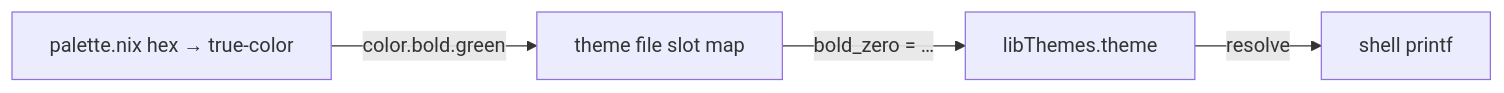
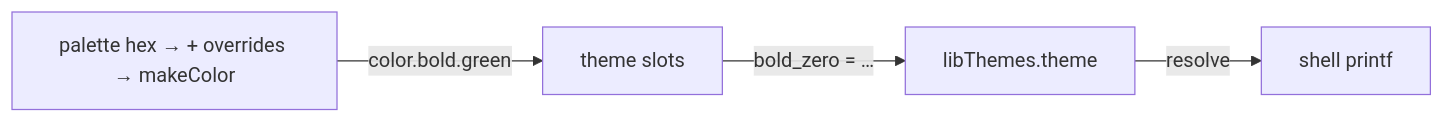
Before and after one commit to cig0/nix-batteries: the second of 3 diagrams in themes/README.md, drawn with Mermaid. The commit also changed other lines of this file and 14 other files, not shown here.

First line of the commit message:
feat: multi-palette architecture with per-theme palette selection and overrides

````diff
--- a/themes/README.md
+++ b/themes/README.md
@@ -255,6 +72,6 @@
 ```mermaid
 graph LR
-    A["palette.nix hex → true-color"] -->|"color.bold.green"| B["theme file slot map"]
+    A["palette hex → + overrides → makeColor"] -->|"color.bold.green"| B["theme slots"]
     B -->|"bold_zero = …"| C["libThemes.theme"]
     C -->|resolve| D["shell printf"]
 ```
````
